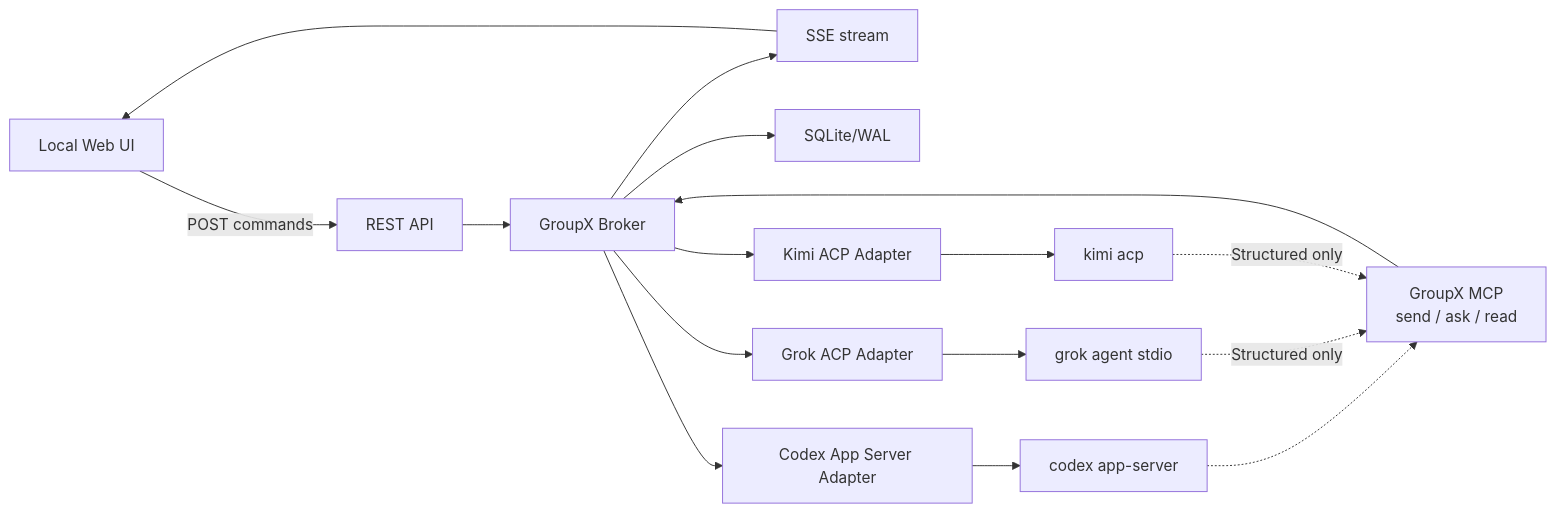
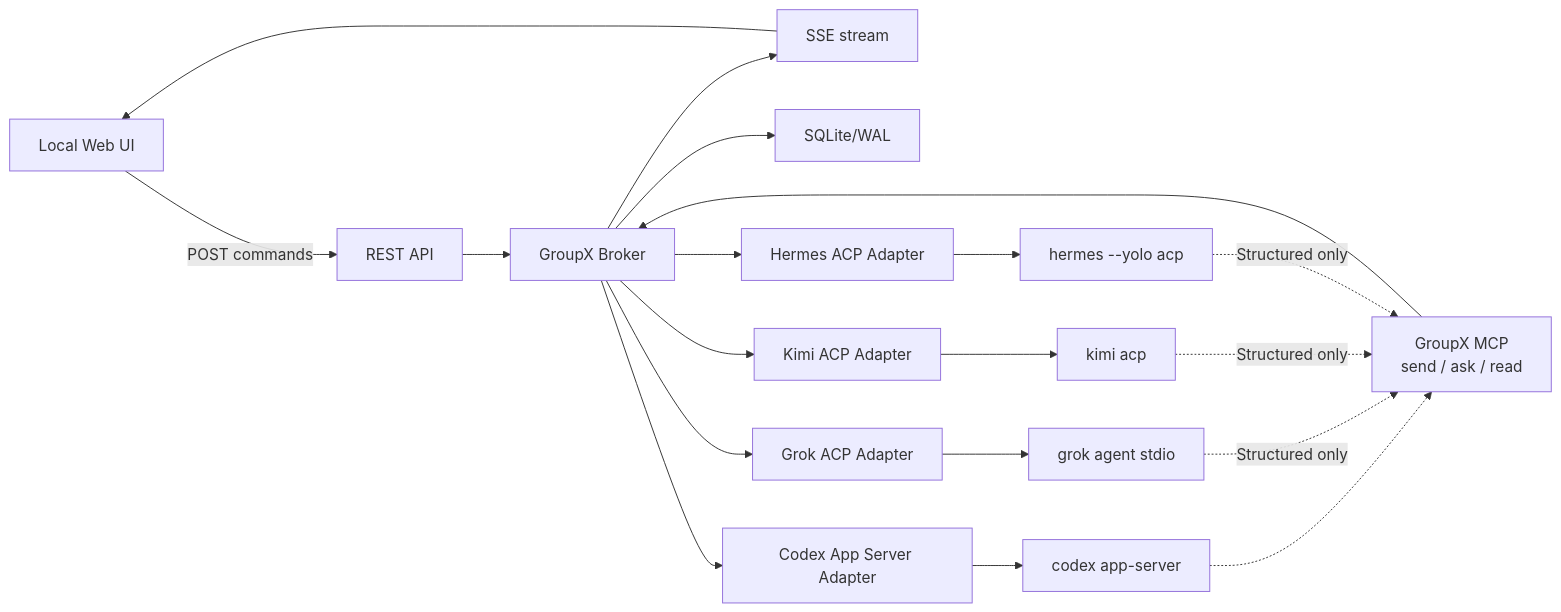
One commit to susyimes/GroupX changed the first of 2 diagrams in docs/IMPLEMENTATION.md. Above: the diagram before and after it, drawn with Mermaid. The commit also changed other lines of this file and 36 other files, not shown here.

Commit message:
[projection-agent] feat: add Hermes ACP support

````diff
--- a/docs/IMPLEMENTATION.md
+++ b/docs/IMPLEMENTATION.md
@@ -72,18 +73,21 @@
 ```mermaid
 flowchart LR
     UI["Local Web UI"] -- "POST commands" --> API["REST API"]
     SSE["SSE stream"] --> UI
     API --> Broker["GroupX Broker"]
     Broker --> SSE
     Broker --> Store["SQLite/WAL"]
     Broker --> CodexAdapter["Codex App Server Adapter"]
     Broker --> GrokAdapter["Grok ACP Adapter"]
     Broker --> KimiAdapter["Kimi ACP Adapter"]
+    Broker --> HermesAdapter["Hermes ACP Adapter"]
     CodexAdapter --> CodexNative["codex app-server"]
     GrokAdapter --> GrokNative["grok agent stdio"]
     KimiAdapter --> KimiNative["kimi acp"]
+    HermesAdapter --> HermesNative["hermes --yolo acp"]
     CodexNative -.-> GroupXMCP["GroupX MCP<br/>send / ask / read"]
     GrokNative -. "Structured only" .-> GroupXMCP
     KimiNative -. "Structured only" .-> GroupXMCP
+    HermesNative -. "Structured only" .-> GroupXMCP
     GroupXMCP --> Broker
 ```
````
